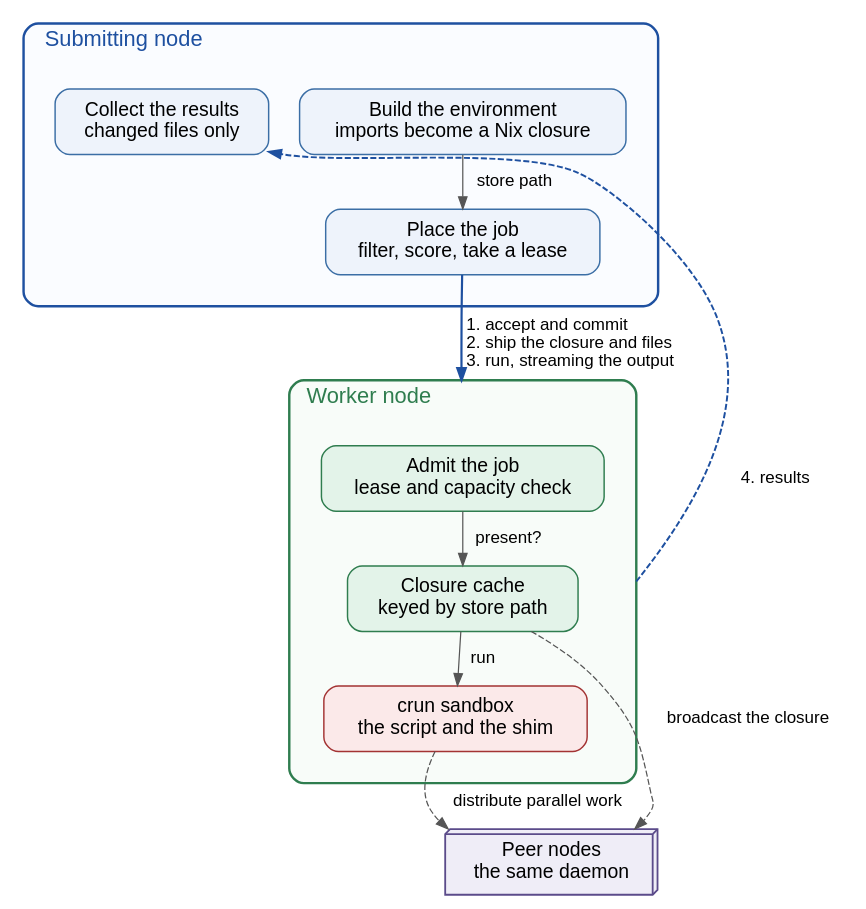
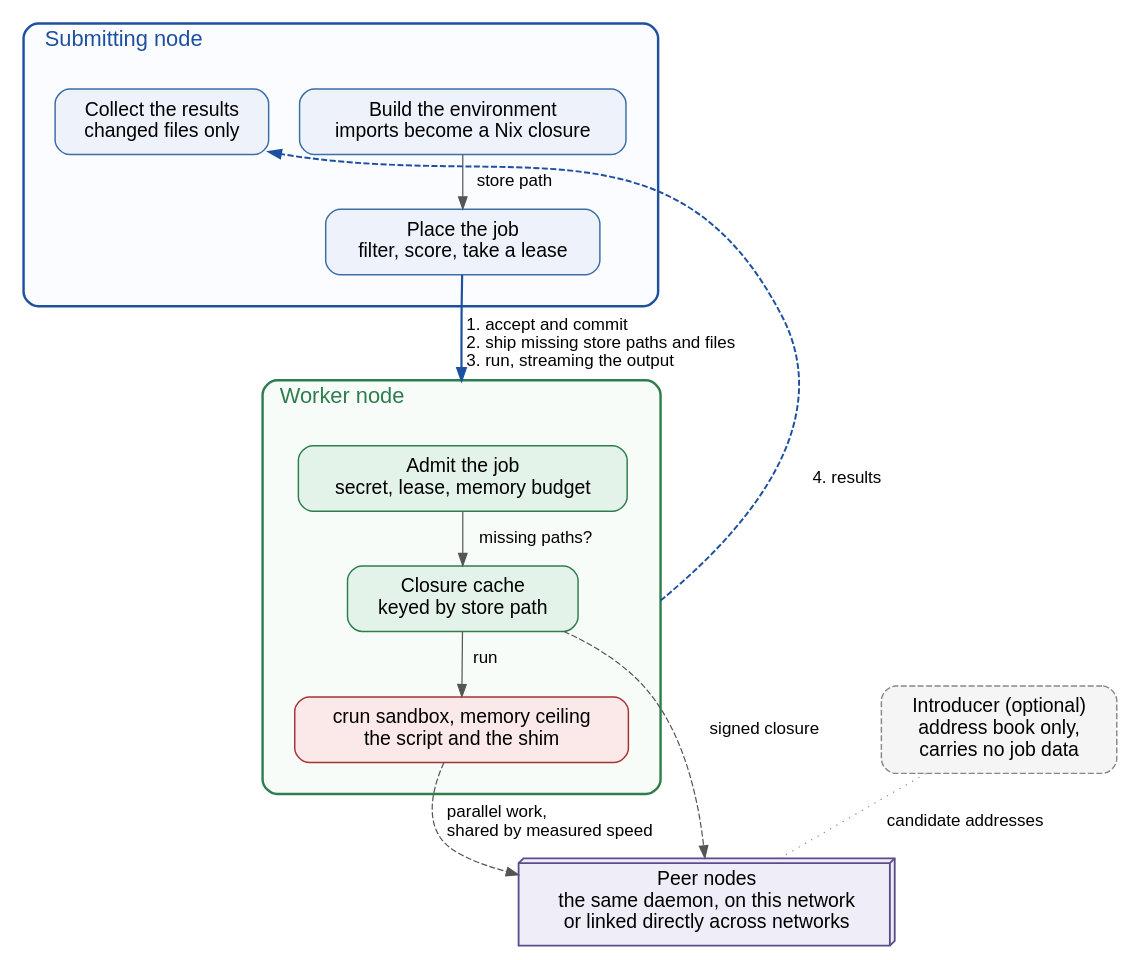
Before and after one commit to vinayakyadav2709/Pipedpeer: the diagram in docs/diagrams/src/fig_3.1_system_design.dot, drawn with Graphviz. The commit also changed 72 other files, not shown here.

```diff
--- a/docs/diagrams/src/fig_3.1_system_design.dot
+++ b/docs/diagrams/src/fig_3.1_system_design.dot
@@ -1,42 +1,45 @@
 // Figure 3.1 - PipedPeer system design.
-// Every box is on the path: previously "Build environment", "Collect results"
-// and "Admit" were held in place by invisible edges and read as decoration.
+// Every box is on the path. The introducer sits outside both nodes because it
+// is the one role that is not symmetric, and it is dashed because a LAN
+// cluster needs none.
 digraph SystemDesign {
   rankdir=TB; compound=true; bgcolor="white"; nodesep=0.35; ranksep=0.42;
   node [fontname="Helvetica", fontsize=16, shape=box, style="rounded,filled",
         fillcolor="#eef3fb", color="#3b6ea5", penwidth=1.2, margin="0.20,0.13"];
   edge [fontname="Helvetica", fontsize=14, color="#555555"];
   graph [fontname="Helvetica", fontsize=18];
 
   subgraph cluster_submit {
     label="Submitting node"; labeljust=l;
     style="rounded"; color="#1e50a0"; penwidth=2.0; fontcolor="#1e50a0"; bgcolor="#fafcff";
     margin="26,20";
     build [label="Build the environment\nimports become a Nix closure"];
     place [label="Place the job\nfilter, score, take a lease"];
     coll  [label="Collect the results\nchanged files only"];
     build -> place [label="  store path  "];
   }
 
   subgraph cluster_worker {
     label="Worker node"; labeljust=l;
     style="rounded"; color="#2f7d4f"; penwidth=2.0; fontcolor="#2f7d4f"; bgcolor="#f8fcf9";
     margin="26,20";
     node [fillcolor="#e3f3e9", color="#2f7d4f"];
-    admit [label="Admit the job\nlease and capacity check"];
+    admit [label="Admit the job\nsecret, lease, memory budget"];
     cache [label="Closure cache\nkeyed by store path"];
-    sandbox [label="crun sandbox\nthe script and the shim", fillcolor="#fbe9e9", color="#a33333"];
-    admit -> cache [label="  present?  "];
+    sandbox [label="crun sandbox, memory ceiling\nthe script and the shim", fillcolor="#fbe9e9", color="#a33333"];
+    admit -> cache [label="  missing paths?  "];
     cache -> sandbox [label="  run  "];
   }
 
-  peers [label="Peer nodes\nthe same daemon", shape=box3d, fillcolor="#efedf7", color="#5b4b8a", penwidth=1.5];
+  peers [label="Peer nodes\nthe same daemon, on this network\nor linked directly across networks", shape=box3d, fillcolor="#efedf7", color="#5b4b8a", penwidth=1.5];
+  intro [label="Introducer (optional)\naddress book only,\ncarries no job data", style="rounded,filled,dashed", fillcolor="#f5f5f5", color="#888888"];
 
   place -> admit [lhead=cluster_worker, penwidth=1.8, color="#1e50a0",
-                  label="  1. accept and commit\l  2. ship the closure and files\l  3. run, streaming the output\l"];
+                  label="  1. accept and commit\l  2. ship missing store paths and files\l  3. run, streaming the output\l"];
   sandbox -> coll [ltail=cluster_worker, style=dashed, penwidth=1.6, color="#1e50a0", constraint=false,
                    label="  4. results  "];
 
-  cache   -> peers [style=dashed, label="  broadcast the closure  "];
-  sandbox -> peers [style=dashed, label="  distribute parallel work  "];
+  cache   -> peers [style=dashed, label="  signed closure  "];
+  sandbox -> peers [style=dashed, label="  parallel work,\l  shared by measured speed\l"];
+  intro   -> peers [style=dotted, arrowhead=none, color="#888888", label="  candidate addresses  "];
 }
```
